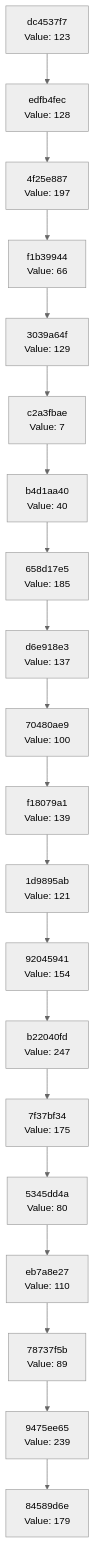
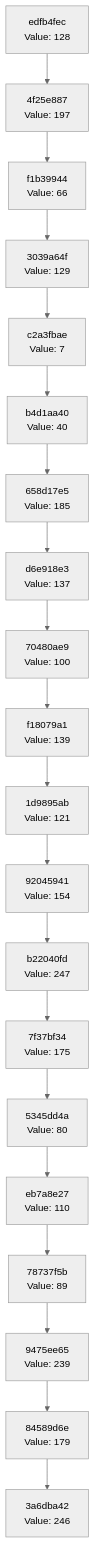
Before and after one commit to Abhisheksinha1506/hash-chain-evolver: the diagram in docs/CHAIN_VISUALIZATION.md, drawn with Mermaid (neutral theme). The commit also changed 3 other files, not shown here.

````diff
--- a/docs/CHAIN_VISUALIZATION.md
+++ b/docs/CHAIN_VISUALIZATION.md
@@ -3,42 +3,42 @@
 ```mermaid
 graph TD
-    C0["84589d6e<br/>Value: 179"]
-    C1["9475ee65<br/>Value: 239"]
+    C0["3a6dba42<br/>Value: 246"]
+    C1["84589d6e<br/>Value: 179"]
     C1 --> C0
-    C2["78737f5b<br/>Value: 89"]
+    C2["9475ee65<br/>Value: 239"]
     C2 --> C1
-    C3["eb7a8e27<br/>Value: 110"]
+    C3["78737f5b<br/>Value: 89"]
     C3 --> C2
-    C4["5345dd4a<br/>Value: 80"]
+    C4["eb7a8e27<br/>Value: 110"]
     C4 --> C3
-    C5["7f37bf34<br/>Value: 175"]
+    C5["5345dd4a<br/>Value: 80"]
     C5 --> C4
-    C6["b22040fd<br/>Value: 247"]
+    C6["7f37bf34<br/>Value: 175"]
     C6 --> C5
-    C7["92045941<br/>Value: 154"]
+    C7["b22040fd<br/>Value: 247"]
     C7 --> C6
-    C8["1d9895ab<br/>Value: 121"]
+    C8["92045941<br/>Value: 154"]
     C8 --> C7
-    C9["f18079a1<br/>Value: 139"]
+    C9["1d9895ab<br/>Value: 121"]
     C9 --> C8
-    C10["70480ae9<br/>Value: 100"]
+    C10["f18079a1<br/>Value: 139"]
     C10 --> C9
-    C11["d6e918e3<br/>Value: 137"]
+    C11["70480ae9<br/>Value: 100"]
     C11 --> C10
-    C12["658d17e5<br/>Value: 185"]
+    C12["d6e918e3<br/>Value: 137"]
     C12 --> C11
-    C13["b4d1aa40<br/>Value: 40"]
+    C13["658d17e5<br/>Value: 185"]
     C13 --> C12
-    C14["c2a3fbae<br/>Value: 7"]
+    C14["b4d1aa40<br/>Value: 40"]
     C14 --> C13
-    C15["3039a64f<br/>Value: 129"]
+    C15["c2a3fbae<br/>Value: 7"]
     C15 --> C14
-    C16["f1b39944<br/>Value: 66"]
+    C16["3039a64f<br/>Value: 129"]
     C16 --> C15
-    C17["4f25e887<br/>Value: 197"]
+    C17["f1b39944<br/>Value: 66"]
     C17 --> C16
-    C18["edfb4fec<br/>Value: 128"]
+    C18["4f25e887<br/>Value: 197"]
     C18 --> C17
-    C19["dc4537f7<br/>Value: 123"]
+    C19["edfb4fec<br/>Value: 128"]
     C19 --> C18
 ```
````
